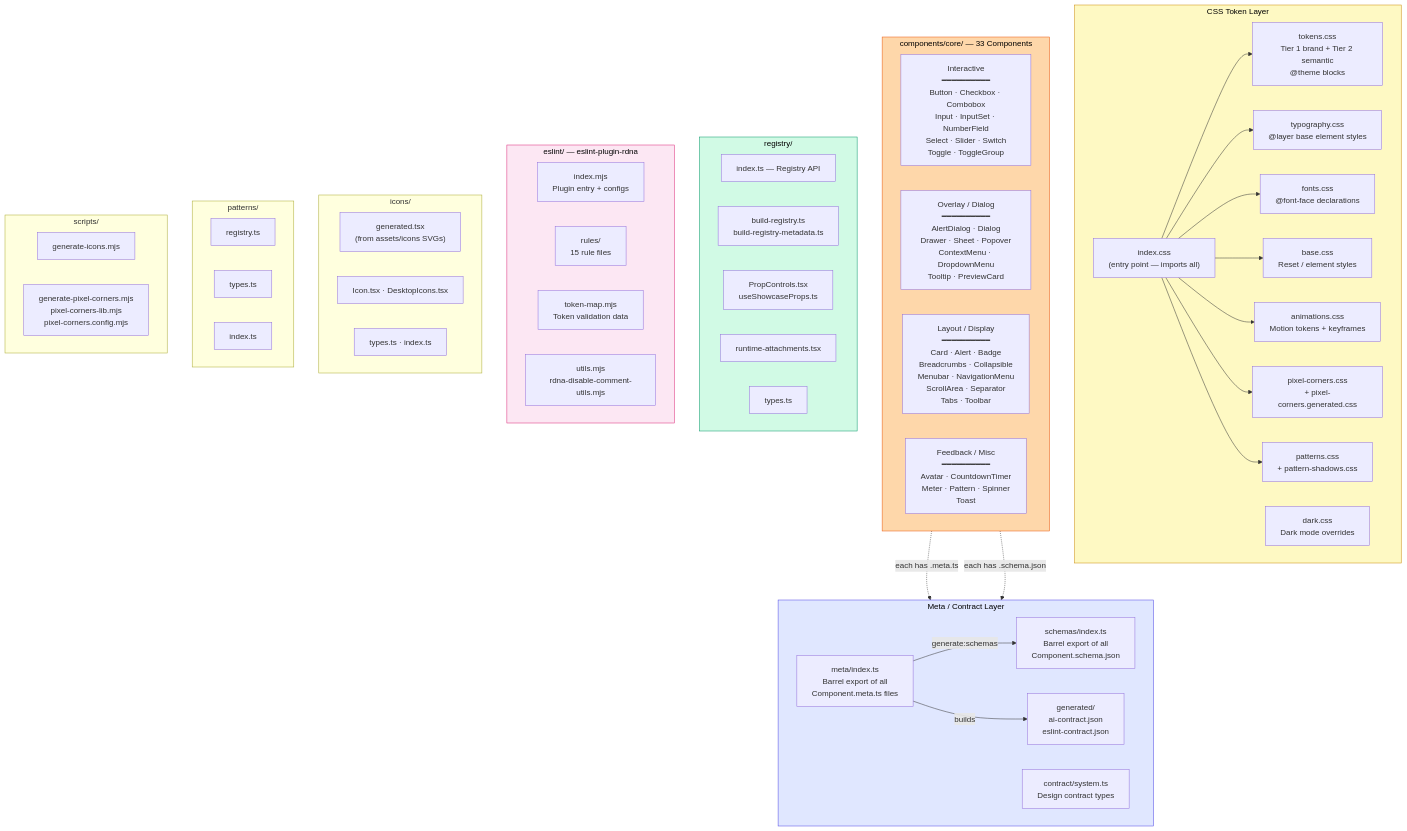
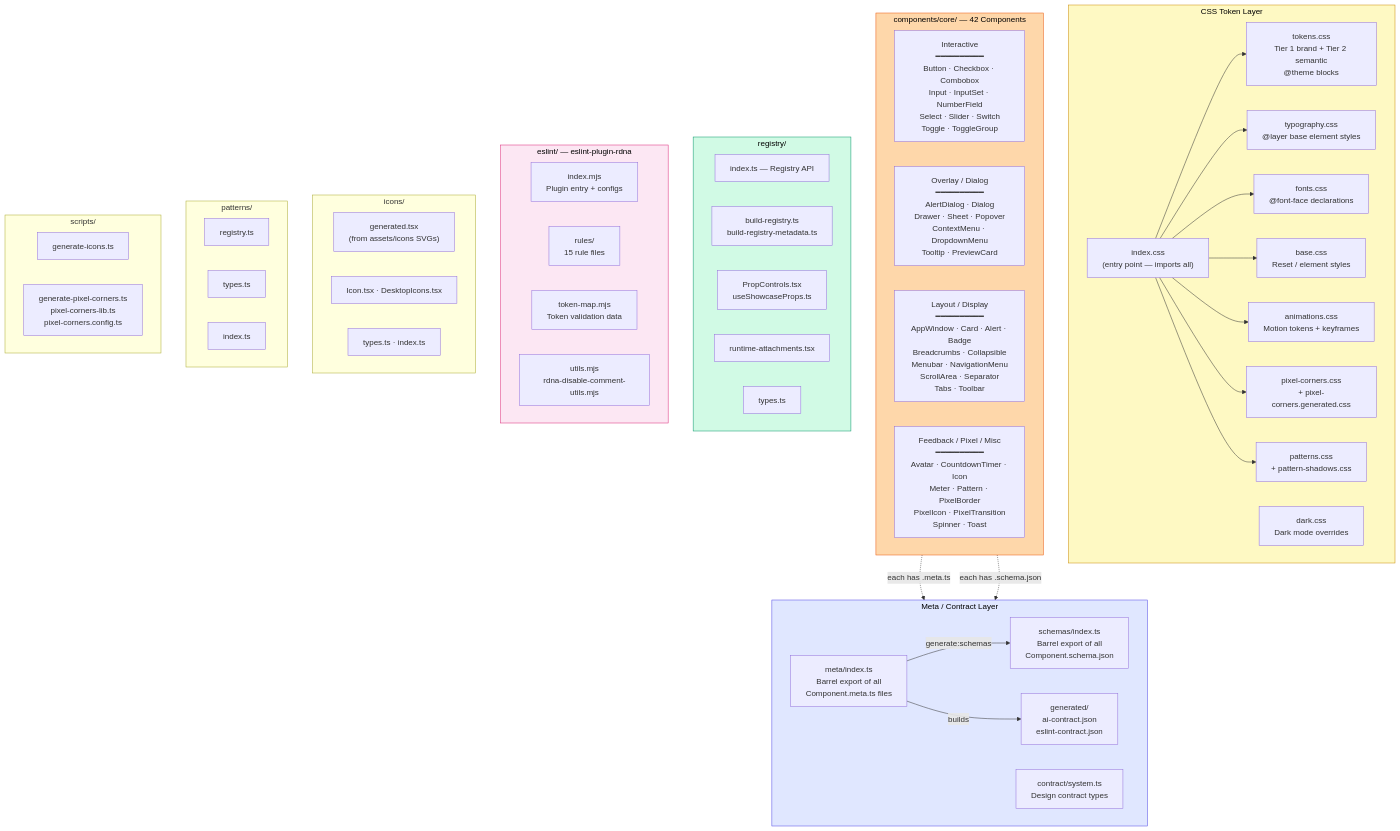
One commit to Radiants-DAO/DNA changed the second of 11 diagrams in docs/CODEMAP.md. Above: the diagram before and after it, drawn with Mermaid. The commit also changed other lines of this file and 38 other files, not shown here.

```diff
--- a/docs/CODEMAP.md
+++ b/docs/CODEMAP.md
@@ -66,12 +66,12 @@
         PATTERNS_CSS["patterns.css<br/>+ pattern-shadows.css"]
     end
 
-    subgraph COMPONENTS["components/core/ — 33 Components"]
+    subgraph COMPONENTS["components/core/ — 42 Components"]
         direction LR
         C_INTERACTIVE["Interactive<br/>━━━━━━━━━━<br/>Button · Checkbox · Combobox<br/>Input · InputSet · NumberField<br/>Select · Slider · Switch<br/>Toggle · ToggleGroup"]
         C_OVERLAY["Overlay / Dialog<br/>━━━━━━━━━━<br/>AlertDialog · Dialog<br/>Drawer · Sheet · Popover<br/>ContextMenu · DropdownMenu<br/>Tooltip · PreviewCard"]
-        C_LAYOUT["Layout / Display<br/>━━━━━━━━━━<br/>Card · Alert · Badge<br/>Breadcrumbs · Collapsible<br/>Menubar · NavigationMenu<br/>ScrollArea · Separator<br/>Tabs · Toolbar"]
-        C_FEEDBACK["Feedback / Misc<br/>━━━━━━━━━━<br/>Avatar · CountdownTimer<br/>Meter · Pattern · Spinner<br/>Toast"]
+        C_LAYOUT["Layout / Display<br/>━━━━━━━━━━<br/>AppWindow · Card · Alert · Badge<br/>Breadcrumbs · Collapsible<br/>Menubar · NavigationMenu<br/>ScrollArea · Separator<br/>Tabs · Toolbar"]
+        C_FEEDBACK["Feedback / Pixel / Misc<br/>━━━━━━━━━━<br/>Avatar · CountdownTimer · Icon<br/>Meter · Pattern · PixelBorder<br/>PixelIcon · PixelTransition<br/>Spinner · Toast"]
     end
 
     subgraph META_LAYER["Meta / Contract Layer"]
@@ -115,8 +115,8 @@
 
     subgraph SCRIPTS["scripts/"]
         direction LR
-        GEN_ICONS["generate-icons.mjs"]
-        GEN_PIXEL["generate-pixel-corners.mjs<br/>pixel-corners-lib.mjs<br/>pixel-corners.config.mjs"]
+        GEN_ICONS["generate-icons.ts"]
+        GEN_PIXEL["generate-pixel-corners.ts<br/>pixel-corners-lib.ts<br/>pixel-corners.config.ts"]
     end
 
     INDEX_CSS --> TOKENS_CSS
```
